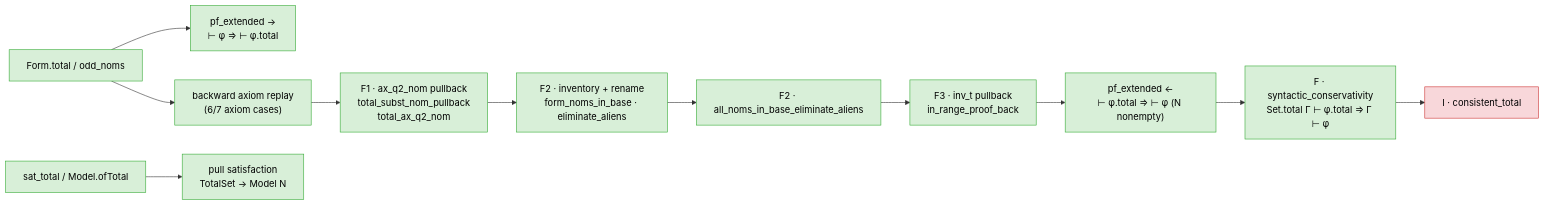
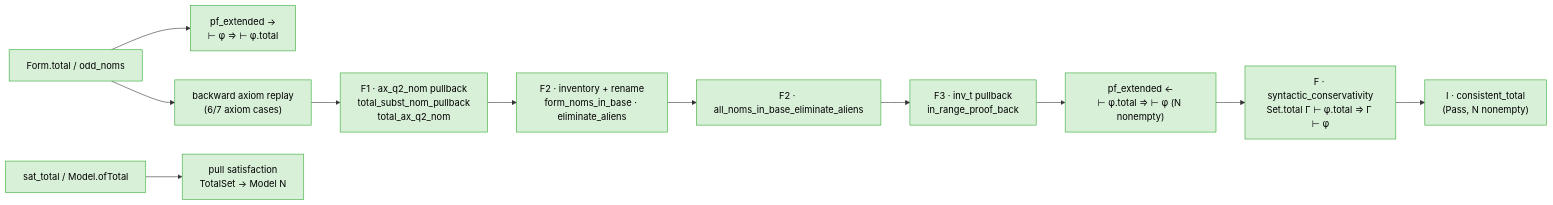
Before and after one commit to catskillsresearch/hybrid_logic_lean_revisited: the second of 5 diagrams in arxiv.md, drawn with Mermaid. The commit also changed other lines of this file and 2 other files, not shown here.

First line of the commit message:
I: prove consistent_total, thread N.Nonempty through completeness

````diff
--- a/arxiv.md
+++ b/arxiv.md
@@ -258,17 +258,17 @@
 ```mermaid
 flowchart LR
   classDef pass fill:#d8efd8,stroke:#3a3,color:#000
   classDef partial fill:#fff3cd,stroke:#d28,color:#000
   classDef open fill:#f8d7da,stroke:#c33,color:#000
 
   tot["Form.total / odd_noms"]:::pass --> fwd["pf_extended →<br/>⊢ φ ⇒ ⊢ φ.total"]:::pass
   tot --> bax["backward axiom replay<br/>(6/7 axiom cases)"]:::pass
   bax --> f1["F1 · ax_q2_nom pullback<br/>total_subst_nom_pullback<br/>total_ax_q2_nom"]:::pass
   f1 --> f2a["F2 · inventory + rename<br/>form_noms_in_base · eliminate_aliens"]:::pass
   f2a --> f2b["F2 · all_noms_in_base_eliminate_aliens"]:::pass
   f2b --> f3["F3 · inv_t pullback<br/>in_range_proof_back"]:::pass
   f3 --> back["pf_extended ←<br/>⊢ φ.total ⇒ ⊢ φ (N nonempty)"]:::pass
   back --> sc["F · syntactic_conservativity<br/>Set.total Γ ⊢ φ.total ⇒ Γ ⊢ φ"]:::pass
-  sc --> ct["I · consistent_total"]:::open
+  sc --> ct["I · consistent_total<br/>(Pass, N nonempty)"]:::pass
   sat["sat_total / Model.ofTotal"]:::pass --> pull["pull satisfaction<br/>TotalSet → Model N"]:::pass
 ```
````
